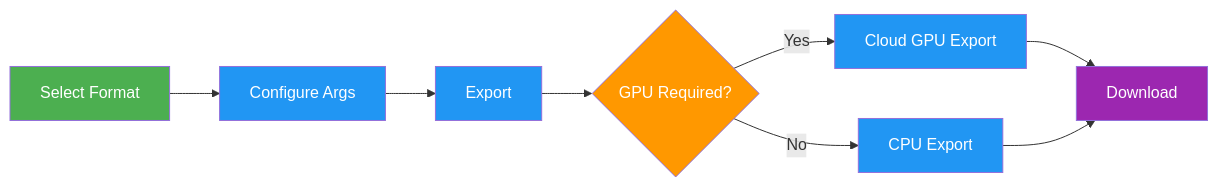
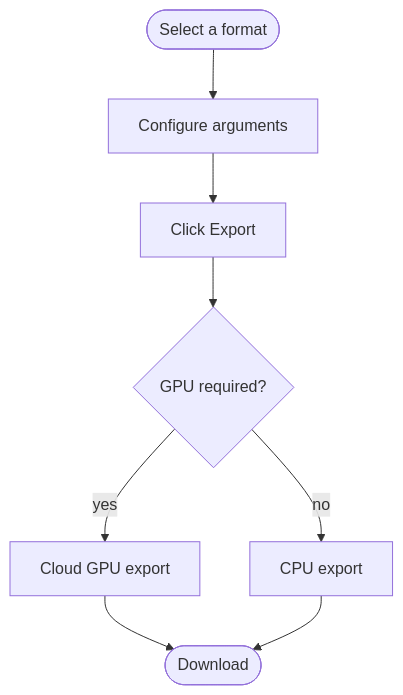
The second of 2 diagrams in docs/en/platform/train/models.md (ultralytics/ultralytics), drawn with Mermaid before and after one commit. The commit also changed other lines of this file and 20 other files, not shown here.

Commit message:
Migrate docs Mermaid diagrams to the unified design system (#26573)

````diff
--- a/docs/en/platform/train/models.md
+++ b/docs/en/platform/train/models.md
@@ -215,15 +210,10 @@
 ```mermaid
-graph LR
-    A[Select Format]:::start --> B[Configure Args]:::proc
-    B --> C[Export]:::proc
-    C --> D{GPU Required?}:::decide
-    D -->|Yes| E[Cloud GPU Export]:::proc
-    D -->|No| F[CPU Export]:::proc
-    E --> G[Download]:::out
+flowchart TD
+    A([Select a format]) --> B[Configure arguments]
+    B --> C[Click Export]
+    C --> D{GPU required?}
+    D -->|yes| E[Cloud GPU export]
+    D -->|no| F[CPU export]
+    E --> G([Download])
     F --> G
-
-    classDef start fill:#4CAF50,color:#fff
-    classDef proc fill:#2196F3,color:#fff
-    classDef decide fill:#FF9800,color:#fff
-    classDef out fill:#9C27B0,color:#fff
 ```
````
